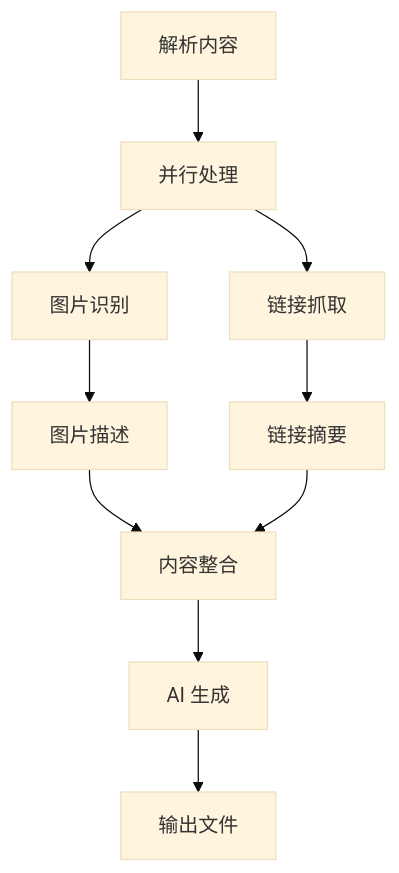
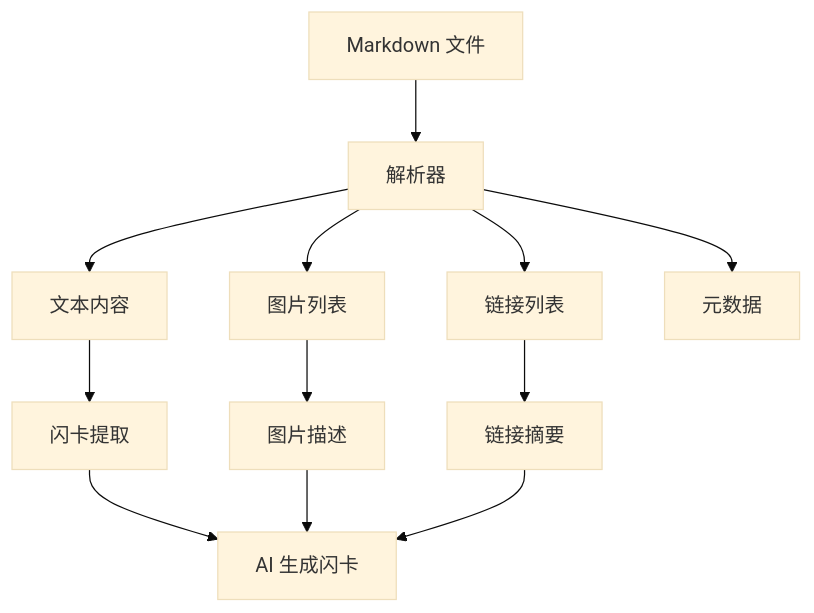
Before and after one commit to yayaysya/SiXu: the third of 4 diagrams in README.md, drawn with Mermaid (base theme). The commit also changed other lines of this file and 3 other files, not shown here.

````diff
--- a/README.md
+++ b/README.md
@@ -315,12 +493,16 @@
 ```mermaid
 graph TD
-    A[解析内容] --> B[并行处理]
-    B --> C[图片识别]
-    B --> D[链接抓取]
-    C --> E[图片描述]
-    D --> F[链接摘要]
-    E --> G[内容整合]
-    F --> G
-    G --> H[AI 生成]
-    H --> I[输出文件]
+    A[Markdown 文件] --> B[解析器]
+    B --> C[文本内容]
+    B --> D[图片列表]
+    B --> E[链接列表]
+    B --> F[元数据]
+
+    C --> G[闪卡提取]
+    D --> H[图片描述]
+    E --> I[链接摘要]
+
+    G --> J[AI 生成闪卡]
+    H --> J
+    I --> J
 ```
````
